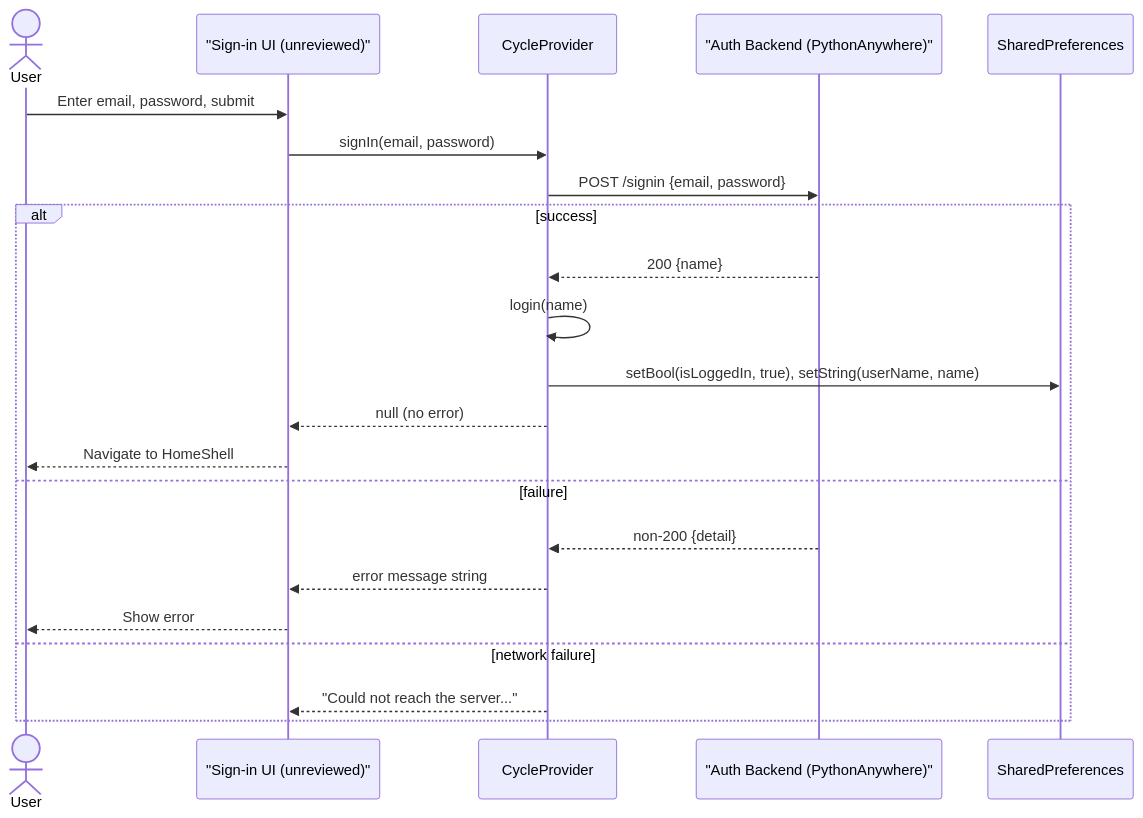
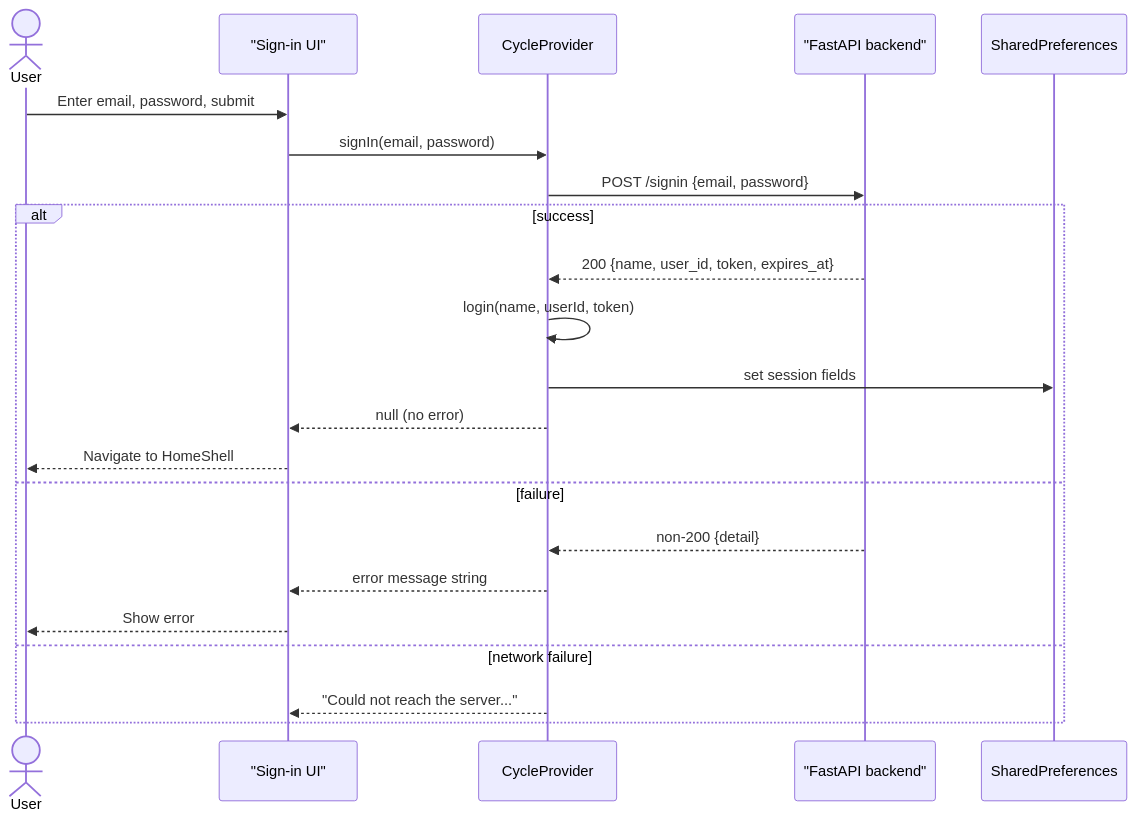
Before and after one commit to areeshasadaf56-debug/wellness-saheli-app: the eighth of 8 diagrams in docs/WELLNESS_SAHELI_MERMAID_DIAGRAMS.md, drawn with Mermaid. The commit also changed other lines of this file and 27 other files, not shown here.

````diff
--- a/docs/WELLNESS_SAHELI_MERMAID_DIAGRAMS.md
+++ b/docs/WELLNESS_SAHELI_MERMAID_DIAGRAMS.md
@@ -454,25 +454,25 @@
 ```mermaid
 sequenceDiagram
     actor User
-    participant SignInScreen as "Sign-in UI (unreviewed)"
+    participant SignInScreen as "Sign-in UI"
     participant CycleProvider
-    participant AuthBackend as "Auth Backend (PythonAnywhere)"
+    participant AuthBackend as "FastAPI backend"
     participant SharedPreferences
 
     User->>SignInScreen: Enter email, password, submit
     SignInScreen->>CycleProvider: signIn(email, password)
     CycleProvider->>AuthBackend: POST /signin {email, password}
     alt success
-        AuthBackend-->>CycleProvider: 200 {name}
-        CycleProvider->>CycleProvider: login(name)
-        CycleProvider->>SharedPreferences: setBool(isLoggedIn, true), setString(userName, name)
+        AuthBackend-->>CycleProvider: 200 {name, user_id, token, expires_at}
+        CycleProvider->>CycleProvider: login(name, userId, token)
+        CycleProvider->>SharedPreferences: set session fields
         CycleProvider-->>SignInScreen: null (no error)
         SignInScreen-->>User: Navigate to HomeShell
     else failure
         AuthBackend-->>CycleProvider: non-200 {detail}
         CycleProvider-->>SignInScreen: error message string
         SignInScreen-->>User: Show error
     else network failure
         CycleProvider-->>SignInScreen: "Could not reach the server..."
     end
 ```
````
